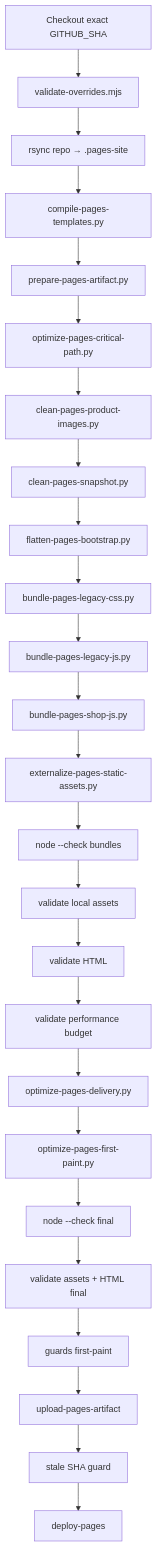
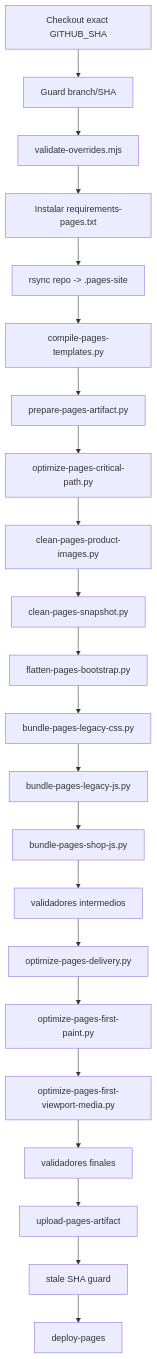
The second of 3 diagrams in DOCUMENTACION_TECNICA_COMPLETA.md (krestosa/carta-sc), drawn with Mermaid before and after one commit. The commit also changed other lines of this file, not shown here.

Commit message:
Sync technical documentation with current Pages architecture

````diff
--- a/DOCUMENTACION_TECNICA_COMPLETA.md
+++ b/DOCUMENTACION_TECNICA_COMPLETA.md
@@ -1093,27 +383,24 @@
 ```mermaid
 flowchart TD
-    A["Checkout exact GITHUB_SHA"] --> B["validate-overrides.mjs"]
-    B --> C["rsync repo → .pages-site"]
-    C --> D["compile-pages-templates.py"]
-    D --> E["prepare-pages-artifact.py"]
-    E --> F["optimize-pages-critical-path.py"]
-    F --> G["clean-pages-product-images.py"]
-    G --> H["clean-pages-snapshot.py"]
-    H --> I["flatten-pages-bootstrap.py"]
-    I --> J["bundle-pages-legacy-css.py"]
-    J --> K["bundle-pages-legacy-js.py"]
-    K --> L["bundle-pages-shop-js.py"]
-    L --> L2["externalize-pages-static-assets.py"]
-    L2 --> M["node --check bundles"]
-    M --> N["validate local assets"]
-    N --> O["validate HTML"]
-    O --> P["validate performance budget"]
-    P --> Q["optimize-pages-delivery.py"]
-    Q --> R["optimize-pages-first-paint.py"]
-    R --> S["node --check final"]
-    S --> T["validate assets + HTML final"]
-    T --> U["guards first-paint"]
-    U --> V["upload-pages-artifact"]
-    V --> W["stale SHA guard"]
-    W --> X["deploy-pages"]
+    A[Checkout exact GITHUB_SHA] --> B[Guard branch/SHA]
+    B --> C[validate-overrides.mjs]
+    C --> D[Instalar requirements-pages.txt]
+    D --> E[rsync repo -> .pages-site]
+    E --> F[compile-pages-templates.py]
+    F --> G[prepare-pages-artifact.py]
+    G --> H[optimize-pages-critical-path.py]
+    H --> I[clean-pages-product-images.py]
+    I --> J[clean-pages-snapshot.py]
+    J --> K[flatten-pages-bootstrap.py]
+    K --> L[bundle-pages-legacy-css.py]
+    L --> M[bundle-pages-legacy-js.py]
+    M --> N[bundle-pages-shop-js.py]
+    N --> O[validadores intermedios]
+    O --> P[optimize-pages-delivery.py]
+    P --> Q[optimize-pages-first-paint.py]
+    Q --> R[optimize-pages-first-viewport-media.py]
+    R --> S[validadores finales]
+    S --> T[upload-pages-artifact]
+    T --> U[stale SHA guard]
+    U --> V[deploy-pages]
 ```
````
